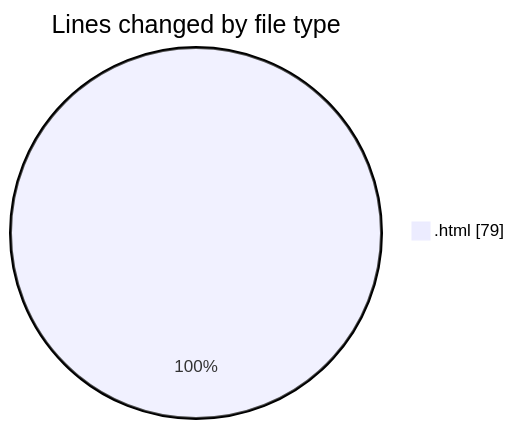
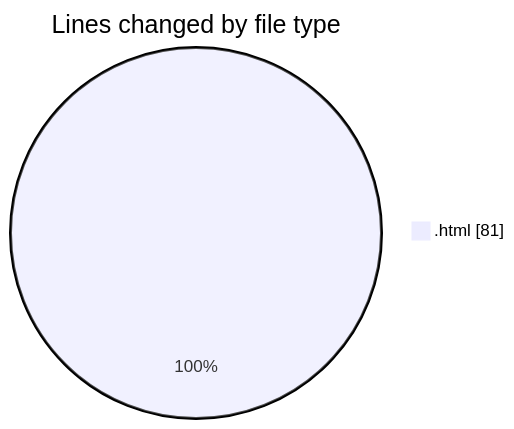
The first of 2 diagrams in 2025-10-24/javacript/README.md (nxtqubesakshisongat/code-tracking), drawn with Mermaid before and after one commit. The commit also changed other lines of this file and 1 other file, not shown here.

````diff
--- a/2025-10-24/javacript/README.md
+++ b/2025-10-24/javacript/README.md
@@ -20,5 +20,5 @@
 ```mermaid
 pie showData
 title Lines changed by file type
-".html" : 79
+".html" : 81
 ```
````
